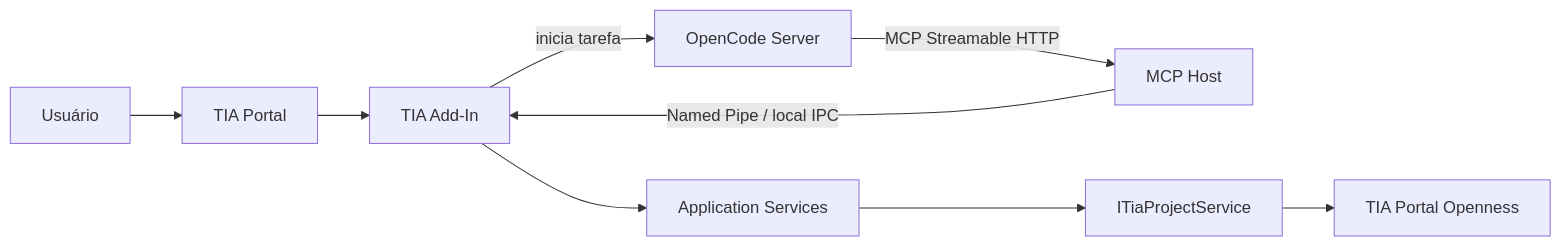
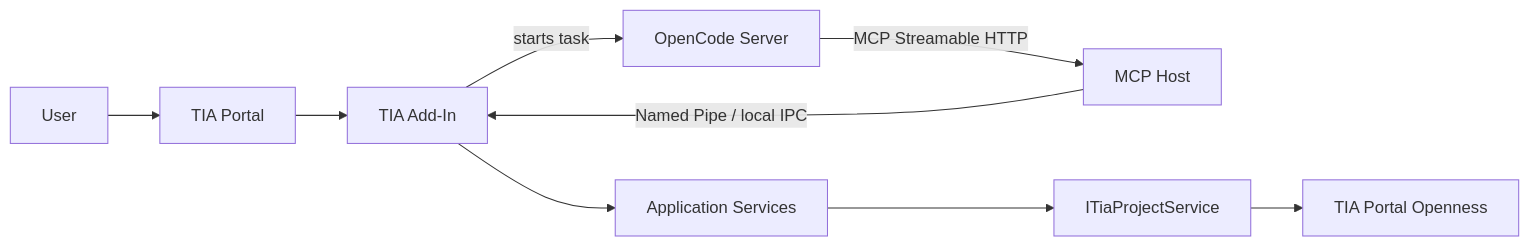
The second of 4 diagrams in docs/spec/ARCHITECTURE.md (allanmarum/tia-portal-code-agent), drawn with Mermaid before and after one commit. The commit also changed other lines of this file and 98 other files, not shown here.

````diff
--- a/docs/spec/ARCHITECTURE.md
+++ b/docs/spec/ARCHITECTURE.md
@@ -160,11 +160,11 @@
 ```mermaid
 flowchart LR
-    U[Usuário] --> TIA[TIA Portal]
+    U[User] --> TIA[TIA Portal]
     TIA --> ADDIN[TIA Add-In]
-    ADDIN -->|inicia tarefa| OC[OpenCode Server]
+    ADDIN -->|starts task| OC[OpenCode Server]
     OC -->|MCP Streamable HTTP| MCP[MCP Host]
     MCP -->|Named Pipe / local IPC| ADDIN
     ADDIN --> APP[Application Services]
     APP --> SVC[ITiaProjectService]
     SVC --> OPENNESS[TIA Portal Openness]
 ```
````
